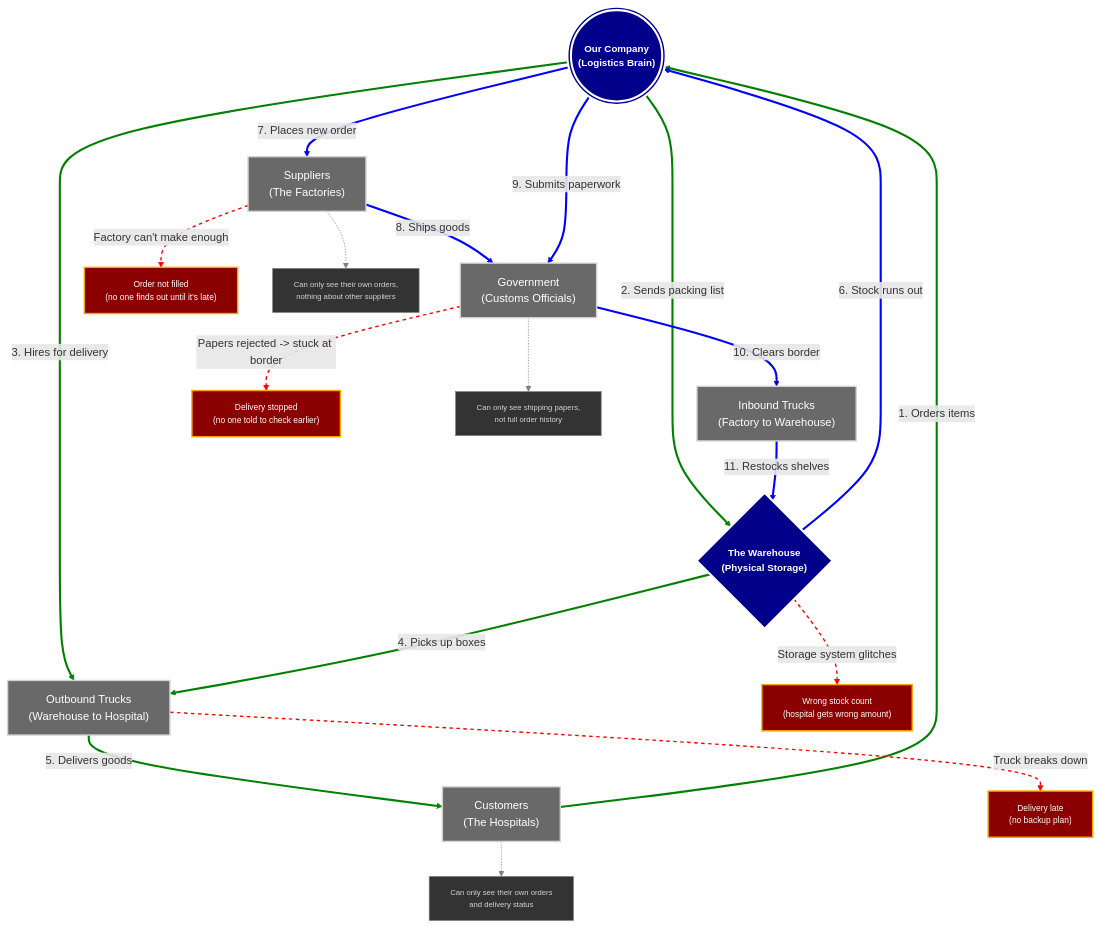
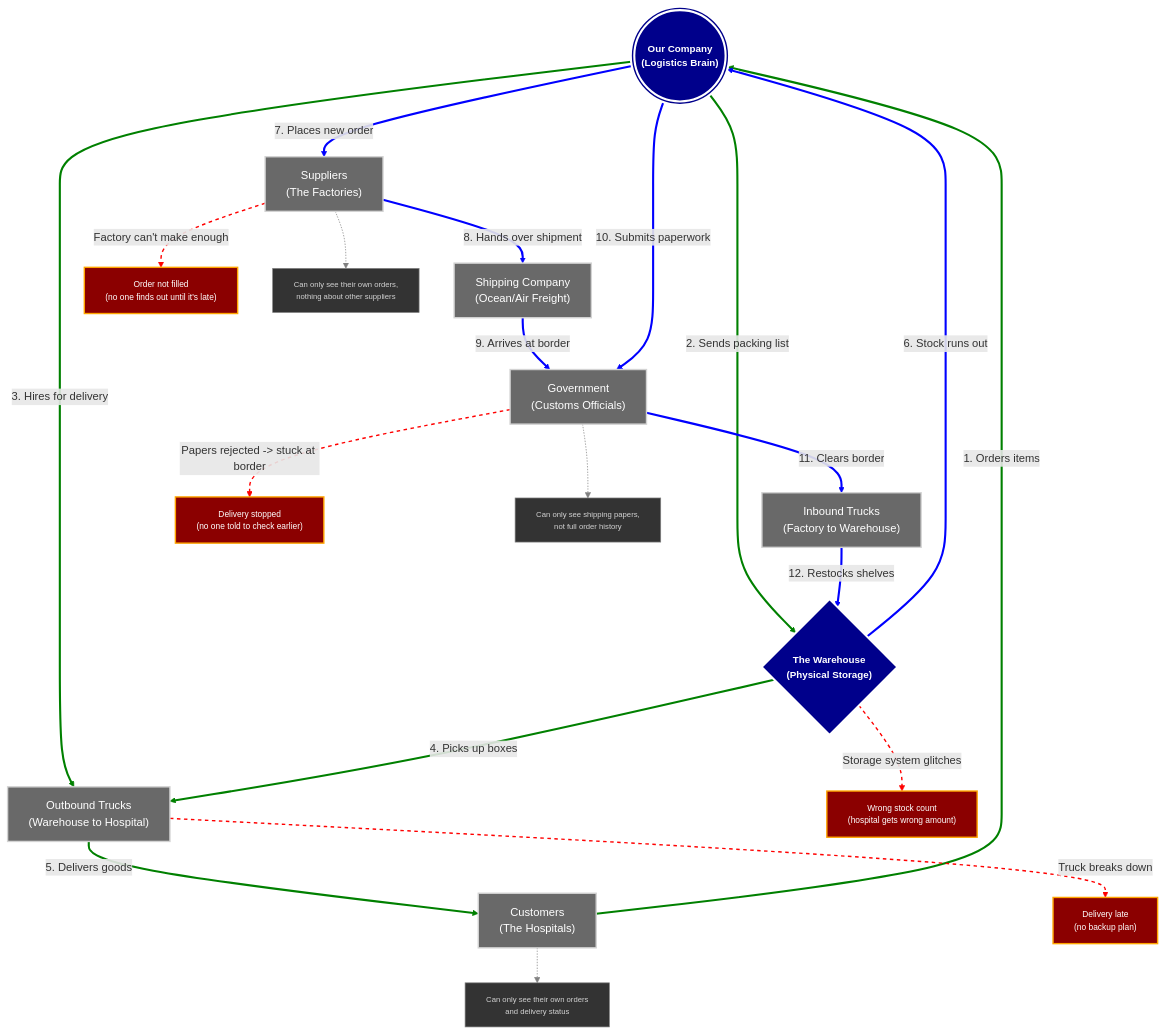
The diagram in planning/scm-concept-diagram.md (notlasandu/globaltrade-scm), drawn with Mermaid before and after one commit. The commit also changed 22 other files, not shown here.

````diff
--- a/planning/scm-concept-diagram.md
+++ b/planning/scm-concept-diagram.md
@@ -1,54 +1,56 @@
 ```mermaid
 graph TD
     %% Styling
     classDef core fill:darkblue,stroke:white,stroke-width:3px,color:white,font-size:14px,font-weight:bold;
     classDef entity fill:dimgray,stroke:lightgray,stroke-width:2px,color:white;
     classDef problem fill:darkred,stroke:orange,stroke-width:2px,color:white,font-size:12px;
     classDef note fill:#333,stroke:gray,stroke-width:1px,color:lightgray,font-size:11px;
 
     %% 1. THE CENTER PIECES
     Company((("Our Company<br/>(Logistics Brain)"))):::core
     Warehouse{"The Warehouse<br/>(Physical Storage)"}:::core
 
     %% 2. THE PERIPHERAL ENTITIES
     Suppliers["Suppliers<br/>(The Factories)"]:::entity
     Customers["Customers<br/>(The Hospitals)"]:::entity
     Customs["Government<br/>(Customs Officials)"]:::entity
+    ShippingCompany["Shipping Company<br/>(Ocean/Air Freight)"]:::entity
     InboundCarriers["Inbound Trucks<br/>(Factory to Warehouse)"]:::entity
     OutboundCarriers["Outbound Trucks<br/>(Warehouse to Hospital)"]:::entity
 
     %% 3. OUTBOUND LOGISTICS (Green Arrows - Indices 0-4)
     Customers -->|"1. Orders items"| Company
     Company -->|"2. Sends packing list"| Warehouse
     Company -->|"3. Hires for delivery"| OutboundCarriers
     Warehouse -->|"4. Picks up boxes"| OutboundCarriers
     OutboundCarriers -->|"5. Delivers goods"| Customers
 
-    %% 4. INBOUND LOGISTICS (Blue Arrows - Indices 5-10)
+    %% 4. INBOUND LOGISTICS (Blue Arrows - Indices 5-11)
     Warehouse -->|"6. Stock runs out"| Company
     Company -->|"7. Places new order"| Suppliers
-    Suppliers -->|"8. Ships goods"| Customs
-    Company -->|"9. Submits paperwork"| Customs
-    Customs -->|"10. Clears border"| InboundCarriers
-    InboundCarriers -->|"11. Restocks shelves"| Warehouse
+    Suppliers -->|"8. Hands over shipment"| ShippingCompany
+    ShippingCompany -->|"9. Arrives at border"| Customs
+    Company -->|"10. Submits paperwork"| Customs
+    Customs -->|"11. Clears border"| InboundCarriers
+    InboundCarriers -->|"12. Restocks shelves"| Warehouse
 
     %% 5. WHAT GOES WRONG (Red Arrows - the "oh no" paths)
     Customs -->|"Papers rejected -> stuck at border"| Problem1["Delivery stopped<br/>(no one told to check earlier)"]:::problem
     OutboundCarriers -->|"Truck breaks down"| Problem2["Delivery late<br/>(no backup plan)"]:::problem
     Suppliers -->|"Factory can't make enough"| Problem3["Order not filled<br/>(no one finds out until it's late)"]:::problem
     Warehouse -->|"Storage system glitches"| Problem4["Wrong stock count<br/>(hospital gets wrong amount)"]:::problem
 
     %% 6. WHO CAN SEE / TOUCH WHAT
     NoteSuppliers["Can only see their own orders,<br/>nothing about other suppliers"]:::note
     NoteCustoms["Can only see shipping papers,<br/>not full order history"]:::note
     NoteCustomers["Can only see their own orders<br/>and delivery status"]:::note
     Suppliers -.-> NoteSuppliers
     Customs -.-> NoteCustoms
     Customers -.-> NoteCustomers
 
     %% Apply Colors to Arrows
     linkStyle 0,1,2,3,4 stroke:green,stroke-width:3px;
-    linkStyle 5,6,7,8,9,10 stroke:blue,stroke-width:3px;
-    linkStyle 11,12,13,14 stroke:red,stroke-width:2px,stroke-dasharray: 5 5;
-    linkStyle 15,16,17 stroke:gray,stroke-width:1px,stroke-dasharray: 2 2;
+    linkStyle 5,6,7,8,9,10,11 stroke:blue,stroke-width:3px;
+    linkStyle 12,13,14,15 stroke:red,stroke-width:2px,stroke-dasharray: 5 5;
+    linkStyle 16,17,18 stroke:gray,stroke-width:1px,stroke-dasharray: 2 2;
 ```
````
